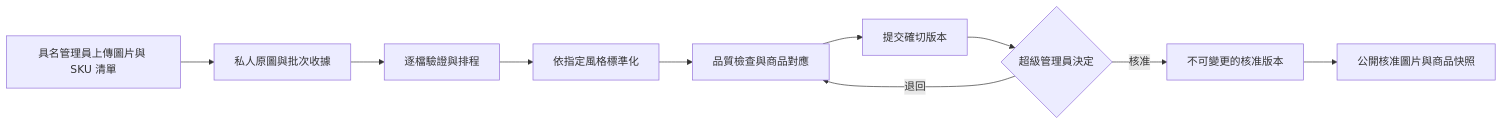
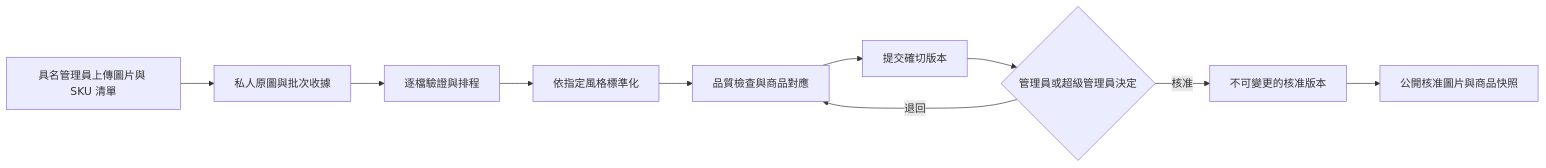
Before and after one commit to RobinXie1984/isuntvmall: the first of 2 diagrams in docs/BACKEND-PLAN.zh-Hant.md, drawn with Mermaid. The commit also changed other lines of this file and 33 other files, not shown here.

````diff
--- a/docs/BACKEND-PLAN.zh-Hant.md
+++ b/docs/BACKEND-PLAN.zh-Hant.md
@@ -86,12 +87,12 @@
 ```mermaid
 flowchart LR
   A[具名管理員上傳圖片與 SKU 清單] --> B[私人原圖與批次收據]
   B --> C[逐檔驗證與排程]
   C --> D[依指定風格標準化]
   D --> E[品質檢查與商品對應]
   E --> F[提交確切版本]
-  F --> G{超級管理員決定}
+  F --> G{管理員或超級管理員決定}
   G -->|退回| E
   G -->|核准| H[不可變更的核准版本]
   H --> I[公開核准圖片與商品快照]
 ```
````
